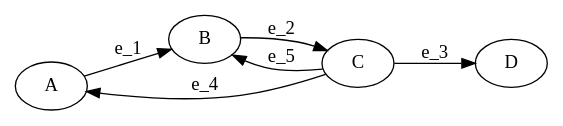
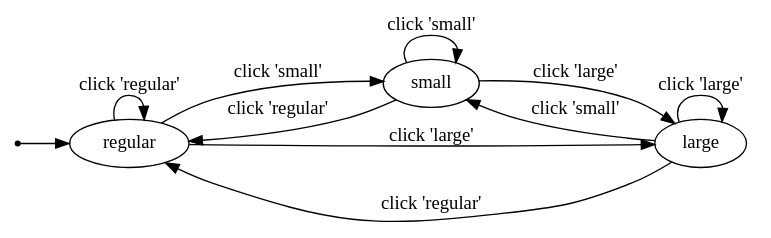
One commit to trentfridey/blog changed the first of 3 diagrams in content-org/state-machines/index.org. Above: the diagram before and after it, drawn with Graphviz. The commit also changed other lines of this file and 8 other files, not shown here.

```diff
--- a/content-org/state-machines/index.org
+++ b/content-org/state-machines/index.org
@@ -55,10 +50,13 @@
-#+begin_src dot :exports file :file "example.svg"
+#+begin_src dot :exports results :file "example.svg"
   digraph G {
     rankdir="LR"
-    A -> B[label="e_1"]
-    B -> C[label="e_2"]
-    C -> D[label="e_3"]
-    C -> A[label="e_4"]
-    C -> B[label="e_5"]
+    init [label="", shape=point]
+    1[label="regular"]
+    2[label="small"]
+    3[label="large"]
+    init -> 1
+    1,2,3 -> 1[label="click 'regular'"] 
+    1,2,3 -> 2[label="click 'small'"]
+    1,2,3 -> 3[label="click 'large'"]
   }
 #+end_src
```
